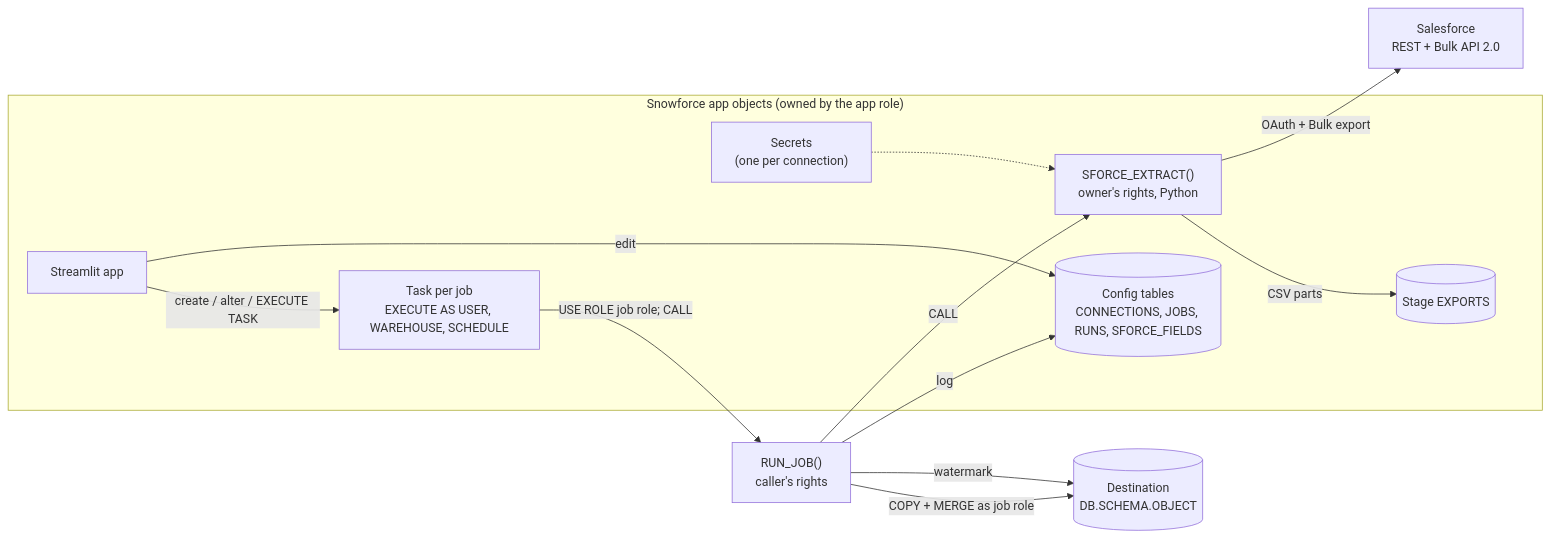
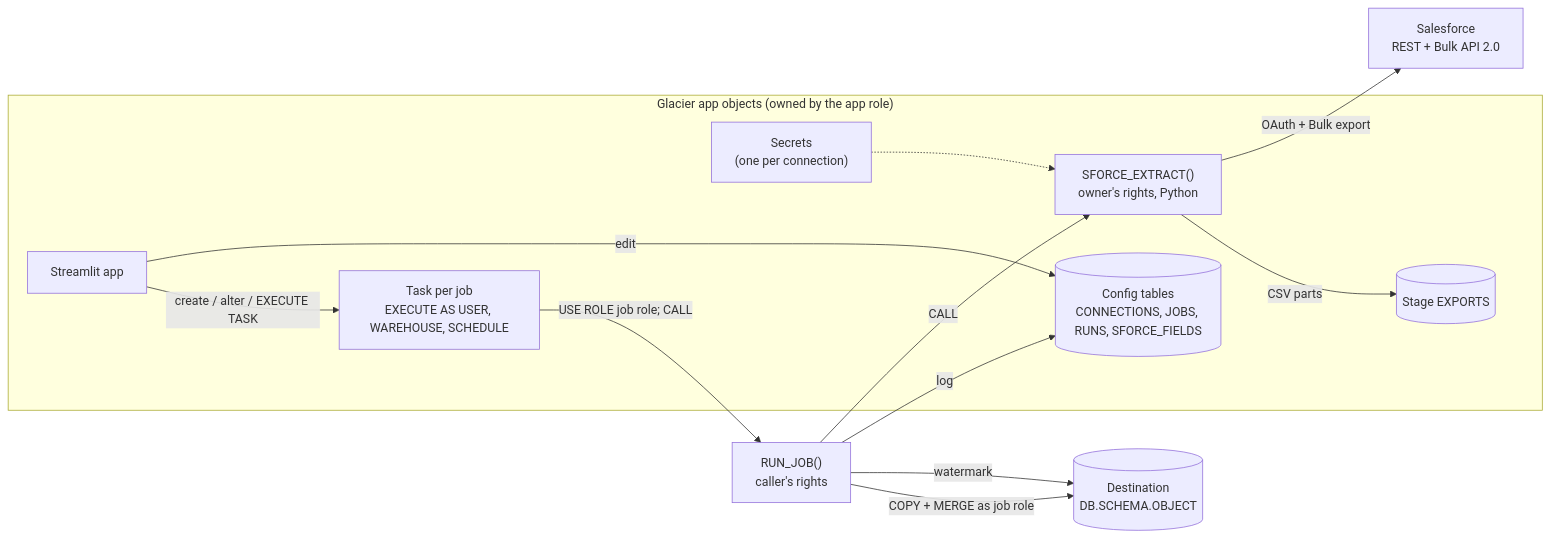
Before and after one commit to cranforce/Glacier: the diagram in docs/streamlit-app-design.md, drawn with Mermaid. The commit also changed other lines of this file and 33 other files, not shown here.

First line of the commit message:
Rename Snowforce to Glacier and give it its own database

````diff
--- a/docs/streamlit-app-design.md
+++ b/docs/streamlit-app-design.md
@@ -39,25 +39,25 @@
 ```mermaid
 flowchart LR
-  subgraph App["Snowforce app objects (owned by the app role)"]
+  subgraph App["Glacier app objects (owned by the app role)"]
     UI["Streamlit app"]
     CFG[("Config tables<br/>CONNECTIONS, JOBS, RUNS, SFORCE_FIELDS")]
     SEC["Secrets<br/>(one per connection)"]
     EXT["SFORCE_EXTRACT()<br/>owner's rights, Python"]
     STG[("Stage EXPORTS")]
     TASK["Task per job<br/>EXECUTE AS USER, WAREHOUSE, SCHEDULE"]
   end
   RUN["RUN_JOB()<br/>caller's rights"]
   SF["Salesforce<br/>REST + Bulk API 2.0"]
   DEST[("Destination<br/>DB.SCHEMA.OBJECT")]
 
   UI -- "edit" --> CFG
   UI -- "create / alter / EXECUTE TASK" --> TASK
   TASK -- "USE ROLE job role; CALL" --> RUN
   RUN -- "watermark" --> DEST
   RUN -- "CALL" --> EXT
   EXT -- "OAuth + Bulk export" --> SF
   SEC -.-> EXT
   EXT -- "CSV parts" --> STG
   RUN -- "COPY + MERGE as job role" --> DEST
   RUN -- "log" --> CFG
 ```
````
